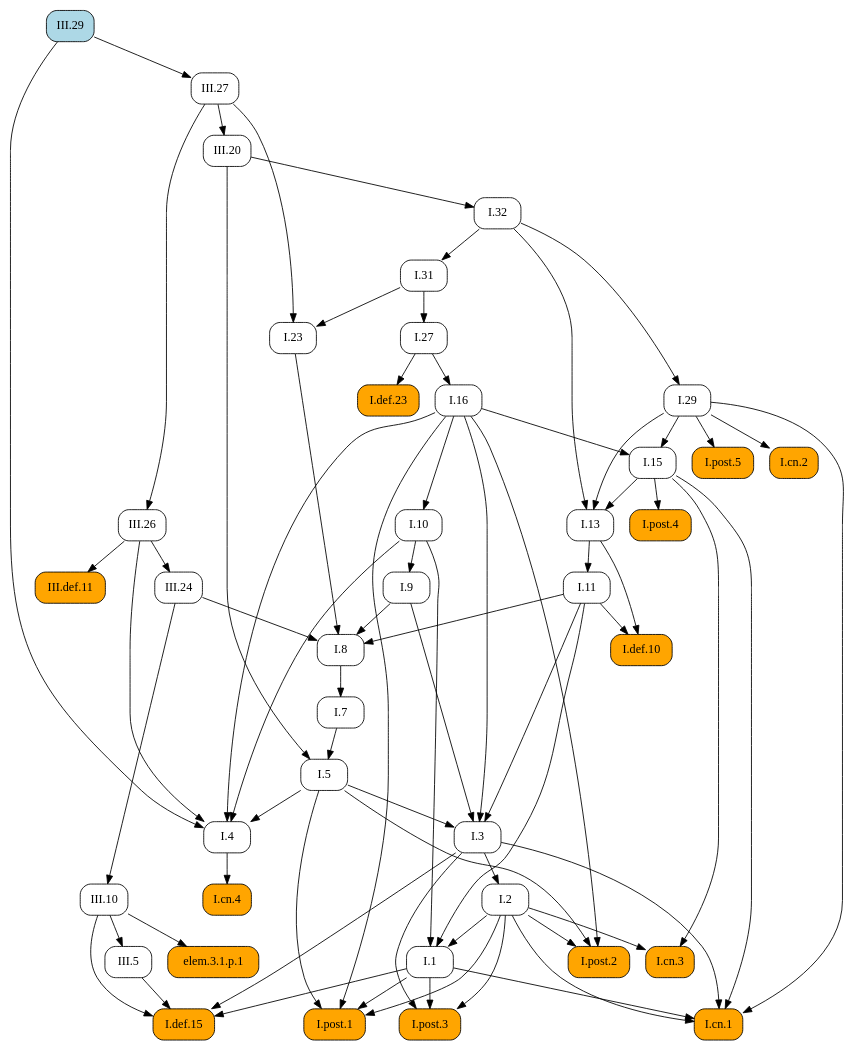
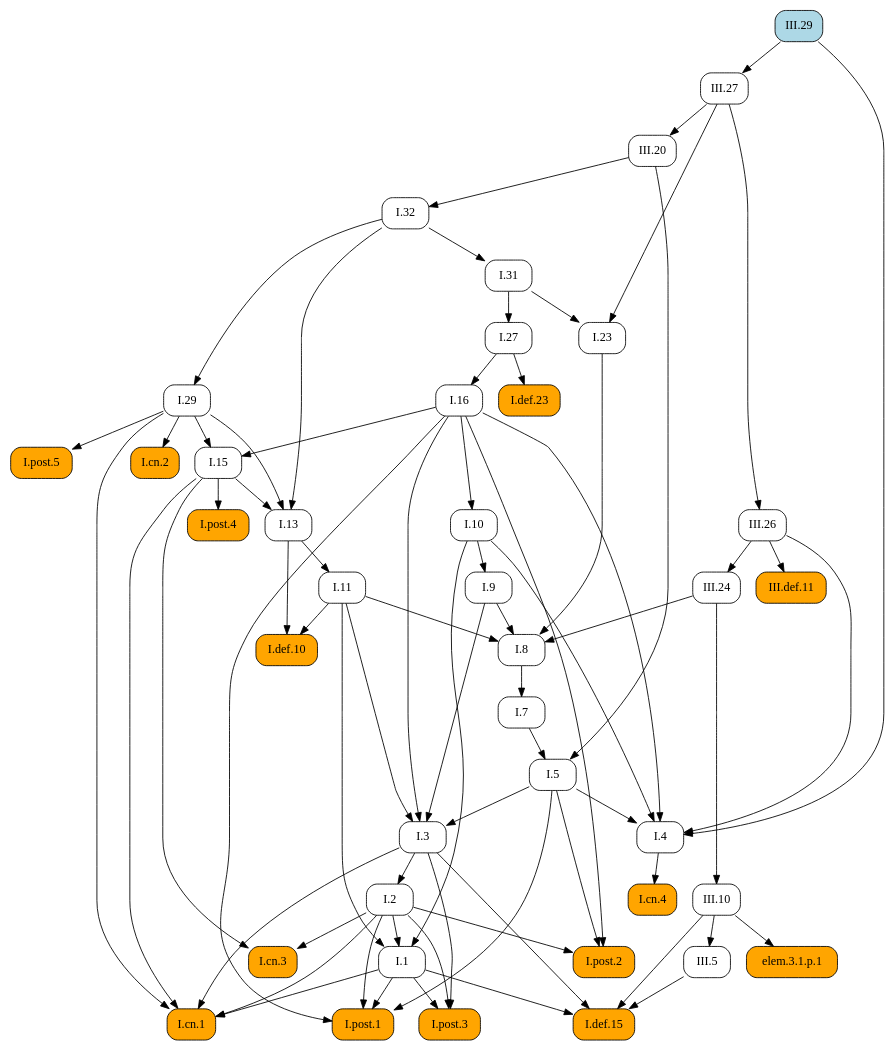
One commit to geometor/elements changed the diagram in docsrc/elements2/III/29/index.rst. Above: the diagram before and after it, drawn with Graphviz. The commit also changed other lines of this file and 171 other files, not shown here.

```diff
--- a/docsrc/elements2/III/29/index.rst
+++ b/docsrc/elements2/III/29/index.rst
@@ -48,114 +48,114 @@
    digraph {
      rankdir="TB";
      node [shape=box, style=rounded];
+     "I.8" [URL="/elements2/I/8/", target="_top"];
+     "I.32" [URL="/elements2/I/32/", target="_top"];
+     "III.27" [URL="/elements2/III/27/", target="_top"];
+     "I.post.1" [style="rounded,filled", fillcolor=orange, URL="/elements2/I/post.1/", target="_top"];
+     "I.5" [URL="/elements2/I/5/", target="_top"];
+     "I.post.5" [style="rounded,filled", fillcolor=orange, URL="/elements2/I/post.5/", target="_top"];
+     "III.29" [style="rounded,filled", fillcolor=lightblue, URL="/elements2/III/29/", target="_top"];
+     "I.def.10" [style="rounded,filled", fillcolor=orange, URL="/elements2/I/def.10/", target="_top"];
+     "I.cn.2" [style="rounded,filled", fillcolor=orange, URL="/elements2/I/cn.2/", target="_top"];
+     "I.def.15" [style="rounded,filled", fillcolor=orange, URL="/elements2/I/def.15/", target="_top"];
+     "I.31" [URL="/elements2/I/31/", target="_top"];
+     "I.11" [URL="/elements2/I/11/", target="_top"];
+     "III.def.11" [style="rounded,filled", fillcolor=orange, URL="/elements2/III/def.11/", target="_top"];
      "III.24" [URL="/elements2/III/24/", target="_top"];
-     "III.def.11" [style="rounded,filled", fillcolor=orange, URL="/elements2/III/def.11/", target="_top"];
-     "I.def.10" [style="rounded,filled", fillcolor=orange, URL="/elements2/I/def.10/", target="_top"];
-     "I.32" [URL="/elements2/I/32/", target="_top"];
-     "III.29" [style="rounded,filled", fillcolor=lightblue, URL="/elements2/III/29/", target="_top"];
+     "I.3" [URL="/elements2/I/3/", target="_top"];
+     "I.post.2" [style="rounded,filled", fillcolor=orange, URL="/elements2/I/post.2/", target="_top"];
+     "III.10" [URL="/elements2/III/10/", target="_top"];
+     "I.def.23" [style="rounded,filled", fillcolor=orange, URL="/elements2/I/def.23/", target="_top"];
+     "I.1" [URL="/elements2/I/1/", target="_top"];
      "I.cn.4" [style="rounded,filled", fillcolor=orange, URL="/elements2/I/cn.4/", target="_top"];
-     "I.def.15" [style="rounded,filled", fillcolor=orange, URL="/elements2/I/def.15/", target="_top"];
+     "I.cn.3" [style="rounded,filled", fillcolor=orange, URL="/elements2/I/cn.3/", target="_top"];
+     "III.5" [URL="/elements2/III/5/", target="_top"];
+     "III.20" [URL="/elements2/III/20/", target="_top"];
+     "I.7" [URL="/elements2/I/7/", target="_top"];
+     "III.26" [URL="/elements2/III/26/", target="_top"];
+     "I.9" [URL="/elements2/I/9/", target="_top"];
+     "elem.3.1.p.1" [style="rounded,filled", fillcolor=orange];
+     "I.cn.1" [style="rounded,filled", fillcolor=orange, URL="/elements2/I/cn.1/", target="_top"];
+     "I.29" [URL="/elements2/I/29/", target="_top"];
+     "I.post.4" [style="rounded,filled", fillcolor=orange, URL="/elements2/I/post.4/", target="_top"];
+     "I.16" [URL="/elements2/I/16/", target="_top"];
+     "I.13" [URL="/elements2/I/13/", target="_top"];
+     "I.2" [URL="/elements2/I/2/", target="_top"];
+     "I.27" [URL="/elements2/I/27/", target="_top"];
+     "I.4" [URL="/elements2/I/4/", target="_top"];
+     "I.10" [URL="/elements2/I/10/", target="_top"];
+     "I.15" [URL="/elements2/I/15/", target="_top"];
+     "I.23" [URL="/elements2/I/23/", target="_top"];
      "I.post.3" [style="rounded,filled", fillcolor=orange, URL="/elements2/I/post.3/", target="_top"];
-     "I.27" [URL="/elements2/I/27/", target="_top"];
-     "I.post.2" [style="rounded,filled", fillcolor=orange, URL="/elements2/I/post.2/", target="_top"];
-     "I.13" [URL="/elements2/I/13/", target="_top"];
-     "elem.3.1.p.1" [style="rounded,filled", fillcolor=orange];
-     "I.10" [URL="/elements2/I/10/", target="_top"];
-     "I.post.1" [style="rounded,filled", fillcolor=orange, URL="/elements2/I/post.1/", target="_top"];
-     "I.7" [URL="/elements2/I/7/", target="_top"];
-     "III.27" [URL="/elements2/III/27/", target="_top"];
-     "I.11" [URL="/elements2/I/11/", target="_top"];
-     "I.4" [URL="/elements2/I/4/", target="_top"];
-     "I.16" [URL="/elements2/I/16/", target="_top"];
-     "I.def.23" [style="rounded,filled", fillcolor=orange, URL="/elements2/I/def.23/", target="_top"];
-     "I.9" [URL="/elements2/I/9/", target="_top"];
-     "I.8" [URL="/elements2/I/8/", target="_top"];
-     "I.cn.2" [style="rounded,filled", fillcolor=orange, URL="/elements2/I/cn.2/", target="_top"];
-     "I.23" [URL="/elements2/I/23/", target="_top"];
-     "I.15" [URL="/elements2/I/15/", target="_top"];
-     "I.post.5" [style="rounded,filled", fillcolor=orange, URL="/elements2/I/post.5/", target="_top"];
-     "I.2" [URL="/elements2/I/2/", target="_top"];
-     "III.20" [URL="/elements2/III/20/", target="_top"];
-     "III.10" [URL="/elements2/III/10/", target="_top"];
-     "I.1" [URL="/elements2/I/1/", target="_top"];
-     "I.31" [URL="/elements2/I/31/", target="_top"];
-     "III.5" [URL="/elements2/III/5/", target="_top"];
-     "I.post.4" [style="rounded,filled", fillcolor=orange, URL="/elements2/I/post.4/", target="_top"];
-     "III.26" [URL="/elements2/III/26/", target="_top"];
-     "I.cn.1" [style="rounded,filled", fillcolor=orange, URL="/elements2/I/cn.1/", target="_top"];
-     "I.3" [URL="/elements2/I/3/", target="_top"];
-     "I.cn.3" [style="rounded,filled", fillcolor=orange, URL="/elements2/I/cn.3/", target="_top"];
-     "I.29" [URL="/elements2/I/29/", target="_top"];
-     "I.5" [URL="/elements2/I/5/", target="_top"];
-     "III.26" -> "III.24";
-     "III.26" -> "III.def.11";
+     "I.9" -> "I.8";
+     "I.11" -> "I.8";
+     "I.23" -> "I.8";
+     "III.24" -> "I.8";
+     "III.20" -> "I.32";
+     "III.29" -> "III.27";
+     "I.1" -> "I.post.1";
+     "I.2" -> "I.post.1";
+     "I.5" -> "I.post.1";
+     "I.16" -> "I.post.1";
+     "I.7" -> "I.5";
+     "III.20" -> "I.5";
+     "I.29" -> "I.post.5";
      "I.11" -> "I.def.10";
      "I.13" -> "I.def.10";
-     "III.20" -> "I.32";
-     "I.4" -> "I.cn.4";
+     "I.29" -> "I.cn.2";
      "I.1" -> "I.def.15";
      "I.3" -> "I.def.15";
      "III.5" -> "I.def.15";
      "III.10" -> "I.def.15";
-     "I.1" -> "I.post.3";
-     "I.2" -> "I.post.3";
-     "I.3" -> "I.post.3";
-     "I.31" -> "I.27";
+     "I.32" -> "I.31";
+     "I.13" -> "I.11";
+     "III.26" -> "III.def.11";
+     "III.26" -> "III.24";
+     "I.5" -> "I.3";
+     "I.9" -> "I.3";
+     "I.11" -> "I.3";
+     "I.16" -> "I.3";
      "I.2" -> "I.post.2";
      "I.5" -> "I.post.2";
      "I.16" -> "I.post.2";
+     "III.24" -> "III.10";
+     "I.27" -> "I.def.23";
+     "I.2" -> "I.1";
+     "I.10" -> "I.1";
+     "I.11" -> "I.1";
+     "I.4" -> "I.cn.4";
+     "I.2" -> "I.cn.3";
+     "I.15" -> "I.cn.3";
+     "III.10" -> "III.5";
+     "III.27" -> "III.20";
+     "I.8" -> "I.7";
+     "III.27" -> "III.26";
+     "I.10" -> "I.9";
+     "III.10" -> "elem.3.1.p.1";
+     "I.1" -> "I.cn.1";
+     "I.2" -> "I.cn.1";
+     "I.3" -> "I.cn.1";
+     "I.15" -> "I.cn.1";
+     "I.29" -> "I.cn.1";
+     "I.32" -> "I.29";
+     "I.15" -> "I.post.4";
+     "I.27" -> "I.16";
      "I.15" -> "I.13";
      "I.29" -> "I.13";
      "I.32" -> "I.13";
-     "III.10" -> "elem.3.1.p.1";
-     "I.16" -> "I.10";
-     "I.1" -> "I.post.1";
-     "I.2" -> "I.post.1";
-     "I.5" -> "I.post.1";
-     "I.16" -> "I.post.1";
-     "I.8" -> "I.7";
-     "III.29" -> "III.27";
-     "I.13" -> "I.11";
+     "I.3" -> "I.2";
+     "I.31" -> "I.27";
      "I.5" -> "I.4";
      "I.10" -> "I.4";
      "I.16" -> "I.4";
      "III.26" -> "I.4";
      "III.29" -> "I.4";
-     "I.27" -> "I.16";
-     "I.27" -> "I.def.23";
-     "I.10" -> "I.9";
-     "I.9" -> "I.8";
-     "I.11" -> "I.8";
-     "I.23" -> "I.8";
-     "III.24" -> "I.8";
-     "I.29" -> "I.cn.2";
+     "I.16" -> "I.10";
+     "I.16" -> "I.15";
+     "I.29" -> "I.15";
      "I.31" -> "I.23";
      "III.27" -> "I.23";
-     "I.16" -> "I.15";
-     "I.29" -> "I.15";
-     "I.29" -> "I.post.5";
-     "I.3" -> "I.2";
-     "III.27" -> "III.20";
-     "III.24" -> "III.10";
-     "I.2" -> "I.1";
-     "I.10" -> "I.1";
-     "I.11" -> "I.1";
-     "I.32" -> "I.31";
-     "III.10" -> "III.5";
-     "I.15" -> "I.post.4";
-     "III.27" -> "III.26";
-     "I.1" -> "I.cn.1";
-     "I.2" -> "I.cn.1";
-     "I.3" -> "I.cn.1";
-     "I.15" -> "I.cn.1";
-     "I.29" -> "I.cn.1";
-     "I.5" -> "I.3";
-     "I.9" -> "I.3";
-     "I.11" -> "I.3";
-     "I.16" -> "I.3";
-     "I.2" -> "I.cn.3";
-     "I.15" -> "I.cn.3";
-     "I.32" -> "I.29";
-     "I.7" -> "I.5";
-     "III.20" -> "I.5";
+     "I.1" -> "I.post.3";
+     "I.2" -> "I.post.3";
+     "I.3" -> "I.post.3";
    }
```
